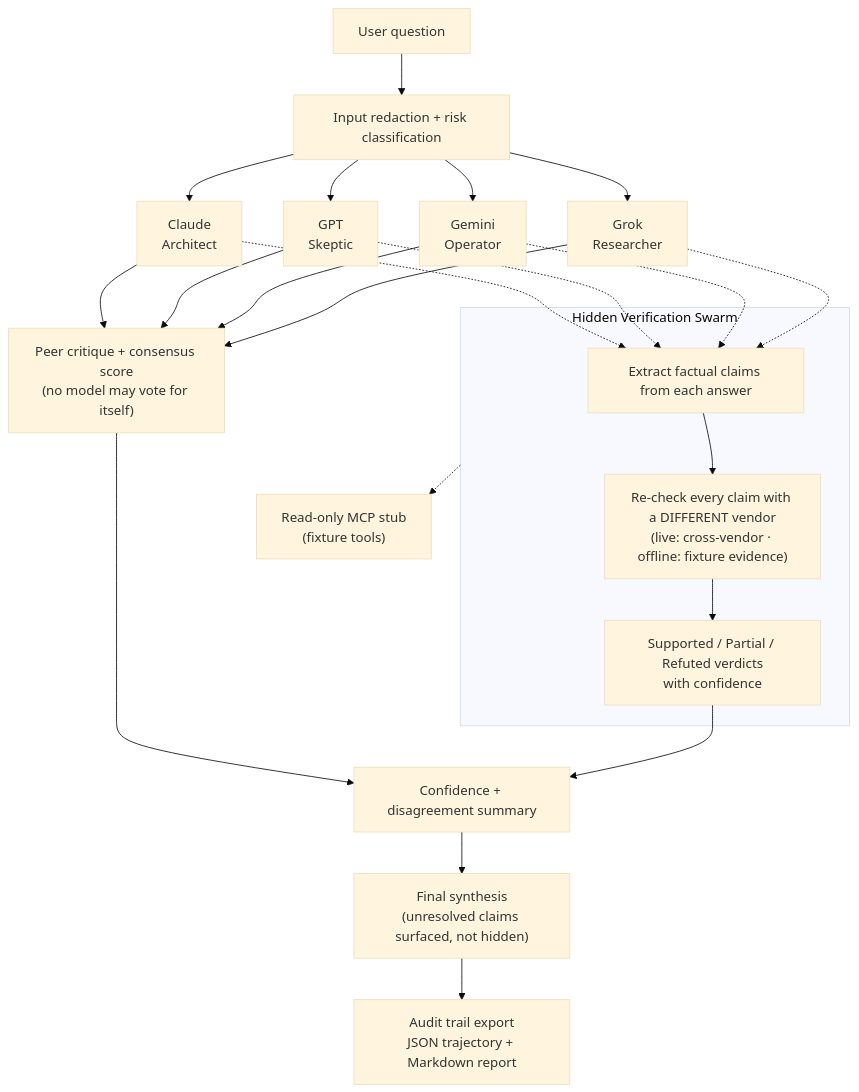
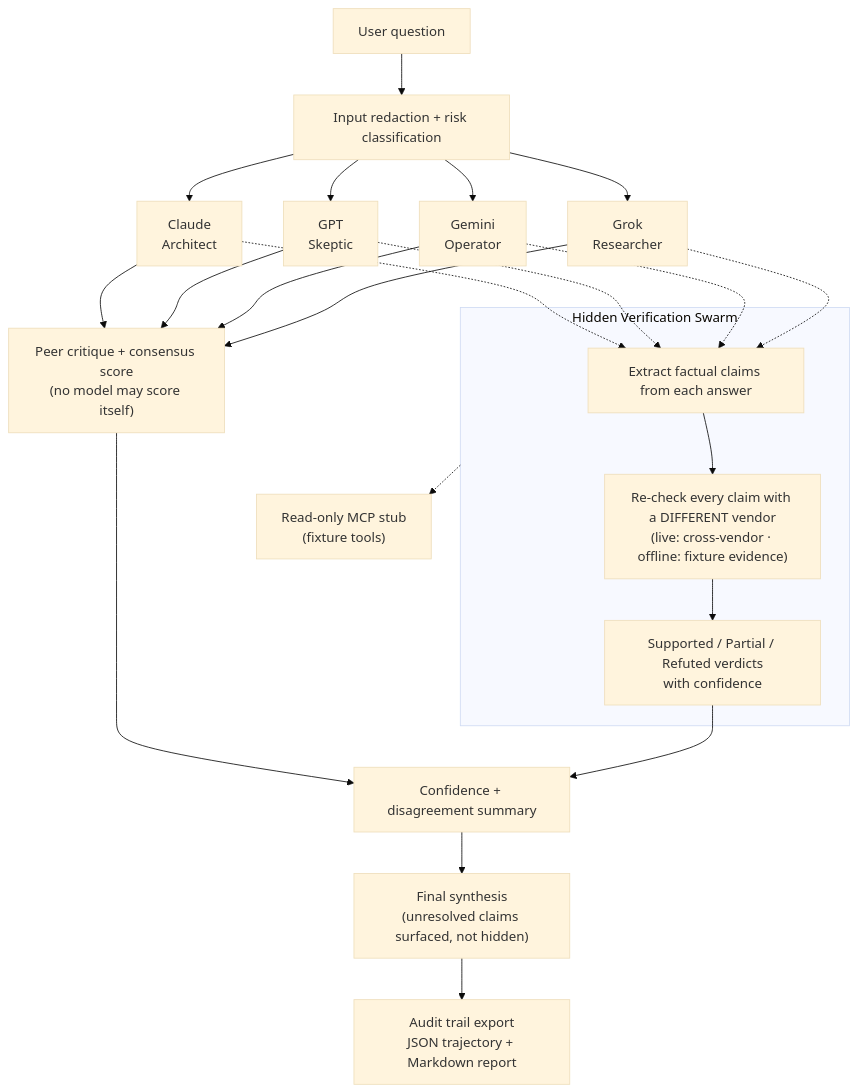
One commit to thisisntjon/thecouncil changed the diagram in README.md. Above: the diagram before and after it, drawn with Mermaid (base theme). The commit also changed other lines of this file and 8 other files, not shown here.

````diff
--- a/README.md
+++ b/README.md
@@ -66,26 +69,26 @@
 ```mermaid
 flowchart TD
     A["User question"] --> B["Input redaction + risk classification"]
     B --> C["Claude<br/>Architect"]
     B --> D["GPT<br/>Skeptic"]
     B --> E["Gemini<br/>Operator"]
     B --> F["Grok<br/>Researcher"]
-    C --> G["Peer critique + consensus score<br/>(no model may vote for itself)"]
+    C --> G["Peer critique + consensus score<br/>(no model may score itself)"]
     D --> G
     E --> G
     F --> G
     C -.-> H
     D -.-> H
     E -.-> H
     F -.-> H
     G --> K
     subgraph S["Hidden Verification Swarm"]
         H["Extract factual claims from each answer"]
         H --> J["Re-check every claim with a DIFFERENT vendor<br/>(live: cross-vendor · offline: fixture evidence)"]
         J --> V["Supported / Partial / Refuted verdicts<br/>with confidence"]
     end
     V --> K["Confidence + disagreement summary"]
     K --> L["Final synthesis<br/>(unresolved claims surfaced, not hidden)"]
     L --> M["Audit trail export<br/>JSON trajectory + Markdown report"]
     S -.-> N["Read-only MCP stub<br/>(fixture tools)"]
 ```
````
